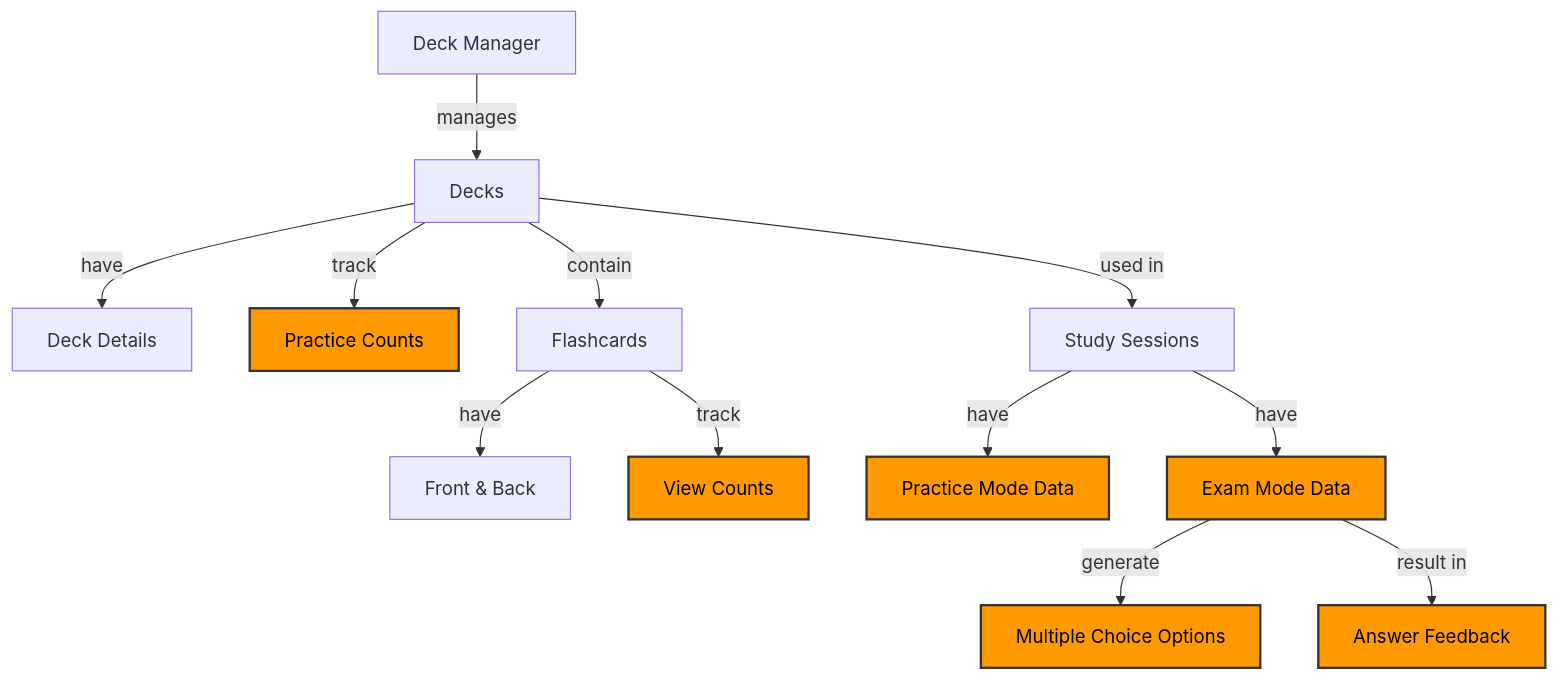
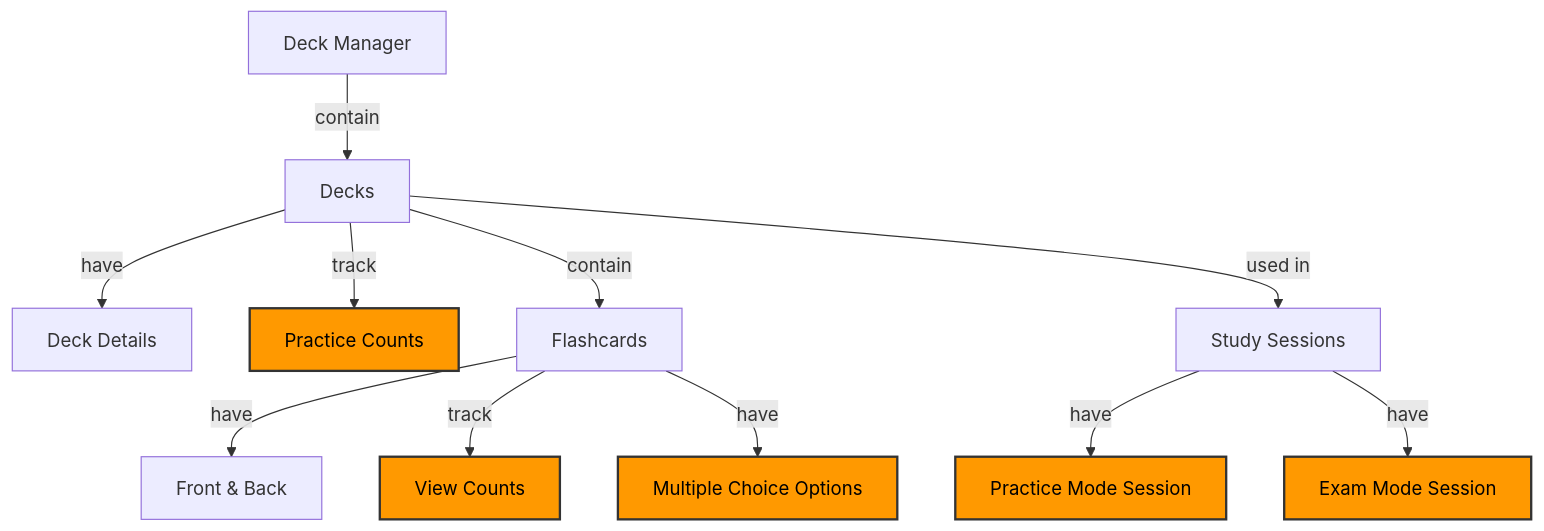
The seventh of 7 diagrams in docs/project_plan.md (sourander/ankea), drawn with Mermaid before and after one commit. The commit also changed other lines of this file, not shown here.

Commit message:
Tuned plan terminology

````diff
--- a/docs/project_plan.md
+++ b/docs/project_plan.md
@@ -202,23 +206,22 @@
 ```mermaid
 flowchart TD
     classDef extension fill:#ff9900,stroke:#333,stroke-width:2px,color:black;
 
     DeckManager[Deck Manager]
     
-    DeckManager -- manages --> Decks[Decks]
+    DeckManager -- contain --> Decks[Decks]
     
     Decks -- have --> DeckDetails[Deck Details]
     Decks -- track --> DeckStats[Practice Counts]:::extension
     
     Decks -- contain --> Flashcards[Flashcards]
     Decks -- used in --> Sessions[Study Sessions]
     
     Flashcards -- have --> CardContent[Front & Back]
     Flashcards -- track --> CardStats[View Counts]:::extension
     
-    Sessions -- have --> PracMode[Practice Mode Data]:::extension
-    Sessions -- have --> ExamMode[Exam Mode Data]:::extension
+    Sessions -- have --> PracMode[Practice Mode Session]:::extension
+    Sessions -- have --> ExamMode[Exam Mode Session]:::extension
     
-    ExamMode -- generate --> Choices[Multiple Choice Options]:::extension
-    ExamMode -- result in --> Feedback[Answer Feedback]:::extension
+    Flashcards -- have --> Choices[Multiple Choice Options]:::extension
 ```
````
